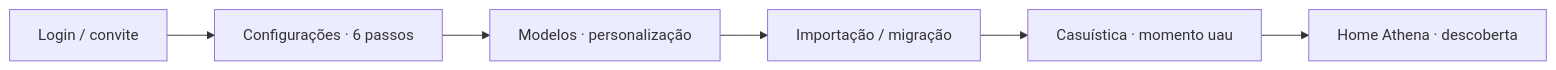
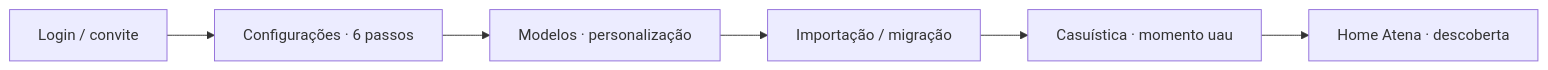
One commit to lucasrcorreia23/discovery-wecann changed the third of 5 diagrams in docs/Userflow_Jornadas_Proposta.md. Above: the diagram before and after it, drawn with Mermaid. The commit also changed other lines of this file and 21 other files, not shown here.

````diff
--- a/docs/Userflow_Jornadas_Proposta.md
+++ b/docs/Userflow_Jornadas_Proposta.md
@@ -137,8 +137,8 @@
 ```mermaid
 flowchart LR
     O1[Login / convite] --> O2[Configurações · 6 passos]
     O2 --> O3[Modelos · personalização]
     O3 --> O4[Importação / migração]
     O4 --> O5[Casuística · momento uau]
-    O5 --> O6[Home Athena · descoberta]
+    O5 --> O6[Home Atena · descoberta]
 ```
````
